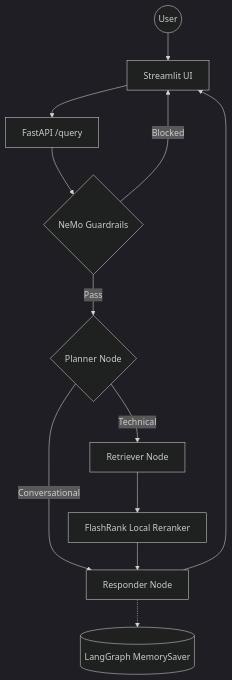
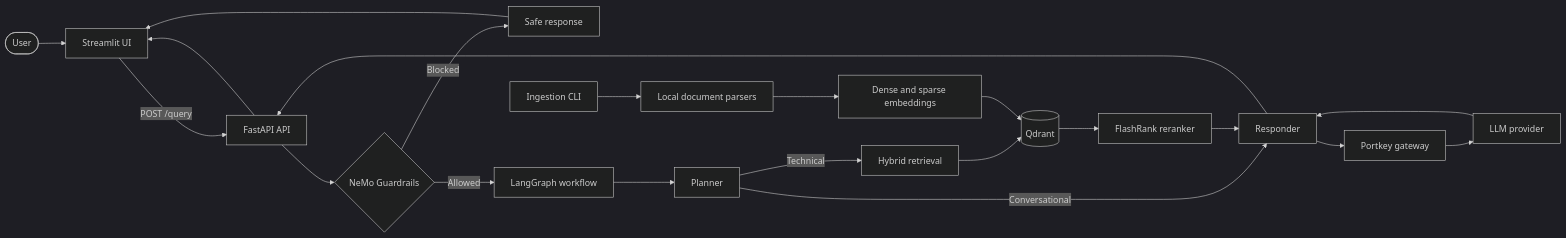
The diagram in README.md (srikaran-git/KubernetesRAGChatBot), drawn with Mermaid (dark theme) before and after one commit. The commit also changed other lines of this file, not shown here.

````diff
--- a/README.md
+++ b/README.md
@@ -20,14 +15,23 @@
 ```mermaid
-graph TD
-    User((User)) --> UI[Streamlit UI]
-    UI --> API[FastAPI /query]
-    API --> Guard{NeMo Guardrails}
-    Guard -->|Blocked| UI
-    Guard -->|Pass| Planner{Planner Node}
-    Planner -->|Conversational| Responder[Responder Node]
-    Planner -->|Technical| Retriever[Retriever Node]
-    Retriever --> Reranker[FlashRank Local Reranker]
-    Reranker --> Responder
-    Responder --> UI
-    Responder -.-> Memory[(LangGraph MemorySaver)]
+flowchart LR
+    user([User]) --> ui[Streamlit UI]
+    ui -->|POST /query| api[FastAPI API]
+    api --> rails{NeMo Guardrails}
+    rails -->|Blocked| safe[Safe response]
+    safe --> ui
+    rails -->|Allowed| workflow[LangGraph workflow]
+    workflow --> planner[Planner]
+    planner -->|Conversational| responder[Responder]
+    planner -->|Technical| retriever[Hybrid retrieval]
+    retriever --> qdrant[(Qdrant)]
+    qdrant --> reranker[FlashRank reranker]
+    reranker --> responder
+    responder --> gateway[Portkey gateway]
+    gateway --> model[LLM provider]
+    model --> responder
+    responder --> api
+    api --> ui
+    ingest[Ingestion CLI] --> parsers[Local document parsers]
+    parsers --> embeddings[Dense and sparse embeddings]
+    embeddings --> qdrant
 ```
````
